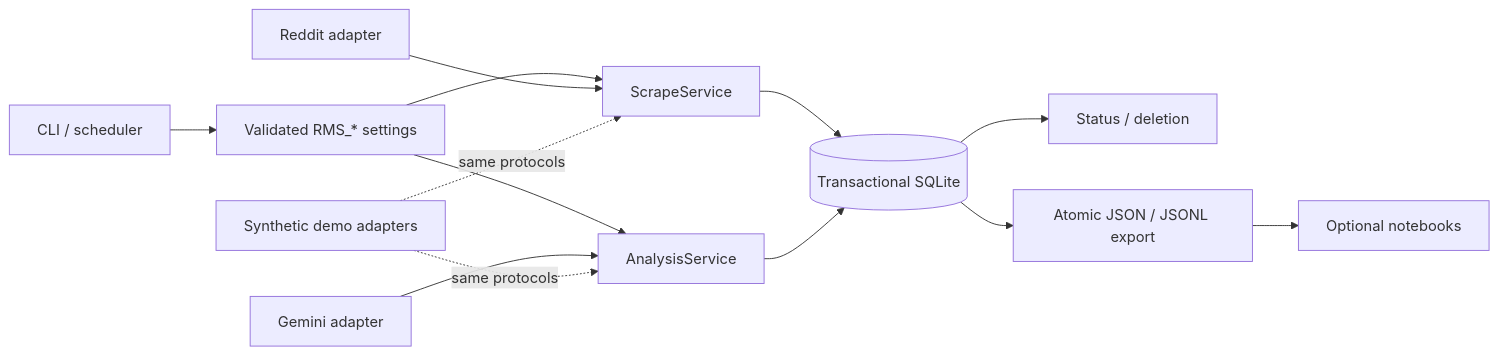
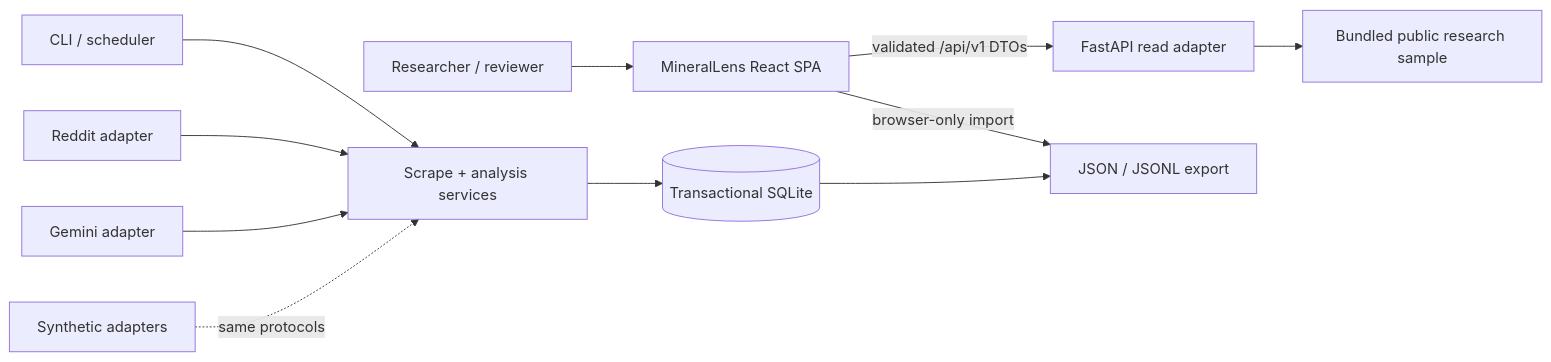
The diagram in README.md (Mohemed-Amine-Chalhy/reddit_minerals_scraper-), drawn with Mermaid before and after one commit. The commit also changed other lines of this file and 22 other files, not shown here.

````diff
--- a/README.md
+++ b/README.md
@@ -53,15 +82,14 @@
 ```mermaid
 flowchart LR
-    CLI["CLI / scheduler"] --> CFG["Validated RMS_* settings"]
-    CFG --> SCRAPE["ScrapeService"]
-    CFG --> ANALYSIS["AnalysisService"]
-    REDDIT["Reddit adapter"] --> SCRAPE
-    GEMINI["Gemini adapter"] --> ANALYSIS
-    DEMO["Synthetic demo adapters"] -.->|same protocols| SCRAPE
-    DEMO -.->|same protocols| ANALYSIS
-    SCRAPE --> DB[("Transactional SQLite")]
-    ANALYSIS --> DB
-    DB --> STATUS["Status / deletion"]
-    DB --> EXPORT["Atomic JSON / JSONL export"]
-    EXPORT --> NOTEBOOKS["Optional notebooks"]
+    VIEWER["Researcher / reviewer"] --> SPA["MineralLens React SPA"]
+    SPA -->|"validated /api/v1 DTOs"| API["FastAPI read adapter"]
+    SPA -->|"browser-only import"| LOCAL["JSON / JSONL export"]
+    API --> SAMPLE["Bundled public research sample"]
+
+    CLI["CLI / scheduler"] --> SERVICES["Scrape + analysis services"]
+    REDDIT["Reddit adapter"] --> SERVICES
+    GEMINI["Gemini adapter"] --> SERVICES
+    OFFLINE["Synthetic adapters"] -. "same protocols" .-> SERVICES
+    SERVICES --> DB[("Transactional SQLite")]
+    DB --> LOCAL
 ```
````
